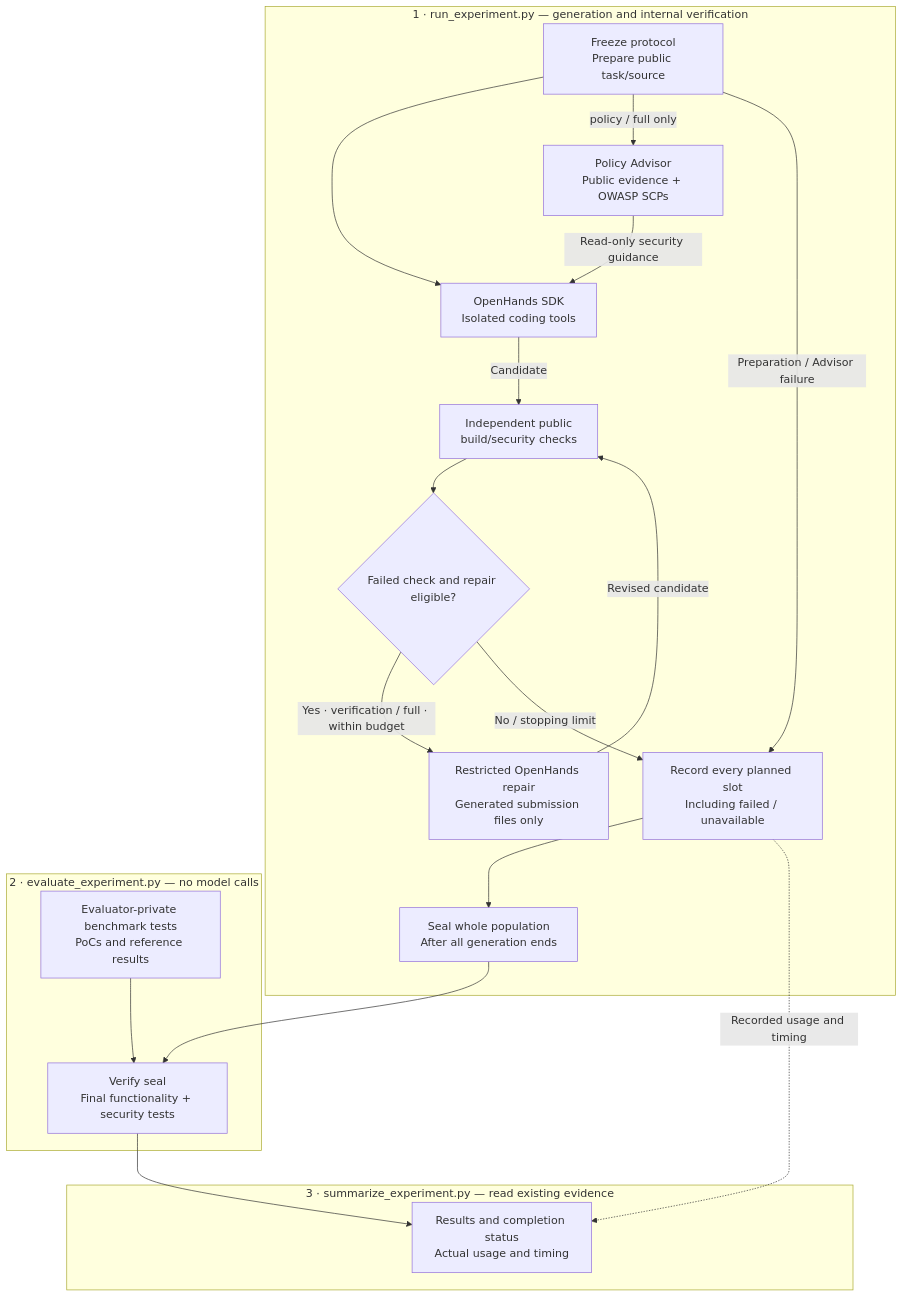
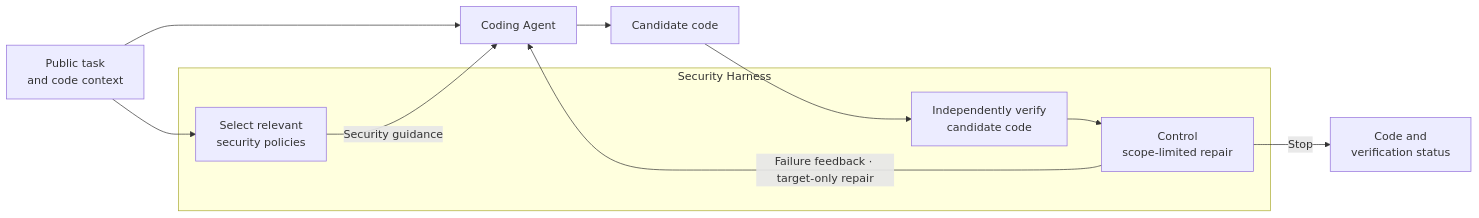
The diagram in README.md (keyanUB/PECA), drawn with Mermaid before and after one commit. The commit also changed other lines of this file and 1 other file, not shown here.

Commit message:
Simplify security harness diagram around research mechanisms

````diff
--- a/README.md
+++ b/README.md
@@ -18,23 +18,18 @@
 ```mermaid
-flowchart TD
-    subgraph RUN["1 · run_experiment.py — generation and internal verification"]
-        INPUT["Freeze protocol<br/>Prepare public task/source"] --> AGENT["OpenHands SDK<br/>Isolated coding tools"]
-        INPUT -->|"policy / full only"| ADVISOR["Policy Advisor<br/>Public evidence + OWASP SCPs"]
-        ADVISOR -->|"Read-only security guidance"| AGENT
-        AGENT -->|"Candidate"| CHECK["Independent public<br/>build/security checks"]
-        CHECK --> GATE{"Failed check and repair eligible?"}
-        GATE -->|"Yes · verification / full · within budget"| REPAIR["Restricted OpenHands repair<br/>Generated submission files only"]
-        REPAIR -->|"Revised candidate"| CHECK
-        GATE -->|"No / stopping limit"| RECORD["Record every planned slot<br/>Including failed / unavailable"]
-        INPUT -->|"Preparation / Advisor failure"| RECORD
-        RECORD --> SEAL["Seal whole population<br/>After all generation ends"]
+flowchart LR
+    TASK["Public task<br/>and code context"] --> AGENT["Coding Agent"]
+
+    subgraph HARNESS["Security Harness"]
+        POLICY["Select relevant<br/>security policies"]
+        VERIFY["Independently verify<br/>candidate code"]
+        CONTROL["Control<br/>scope-limited repair"]
+        VERIFY --> CONTROL
     end
-    subgraph EVAL["2 · evaluate_experiment.py — no model calls"]
-        SEAL --> FINAL["Verify seal<br/>Final functionality + security tests"]
-        PRIVATE["Evaluator-private benchmark tests<br/>PoCs and reference results"] --> FINAL
-    end
-    subgraph REPORT["3 · summarize_experiment.py — read existing evidence"]
-        FINAL --> SUMMARY["Results and completion status<br/>Actual usage and timing"]
-        RECORD -.->|"Recorded usage and timing"| SUMMARY
-    end
+
+    TASK --> POLICY
+    POLICY -->|"Security guidance"| AGENT
+    AGENT --> CODE["Candidate code"]
+    CODE --> VERIFY
+    CONTROL -->|"Failure feedback · target-only repair"| AGENT
+    CONTROL -->|"Stop"| OUTPUT["Code and<br/>verification status"]
 ```
````
